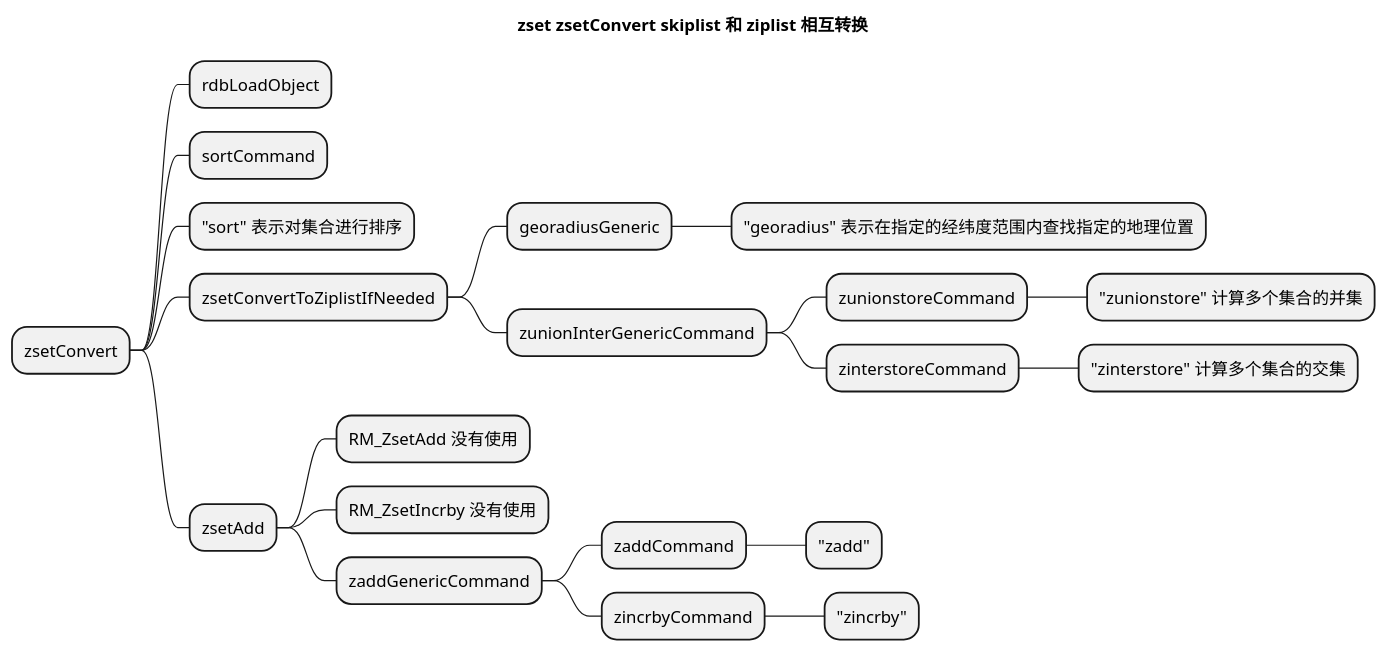
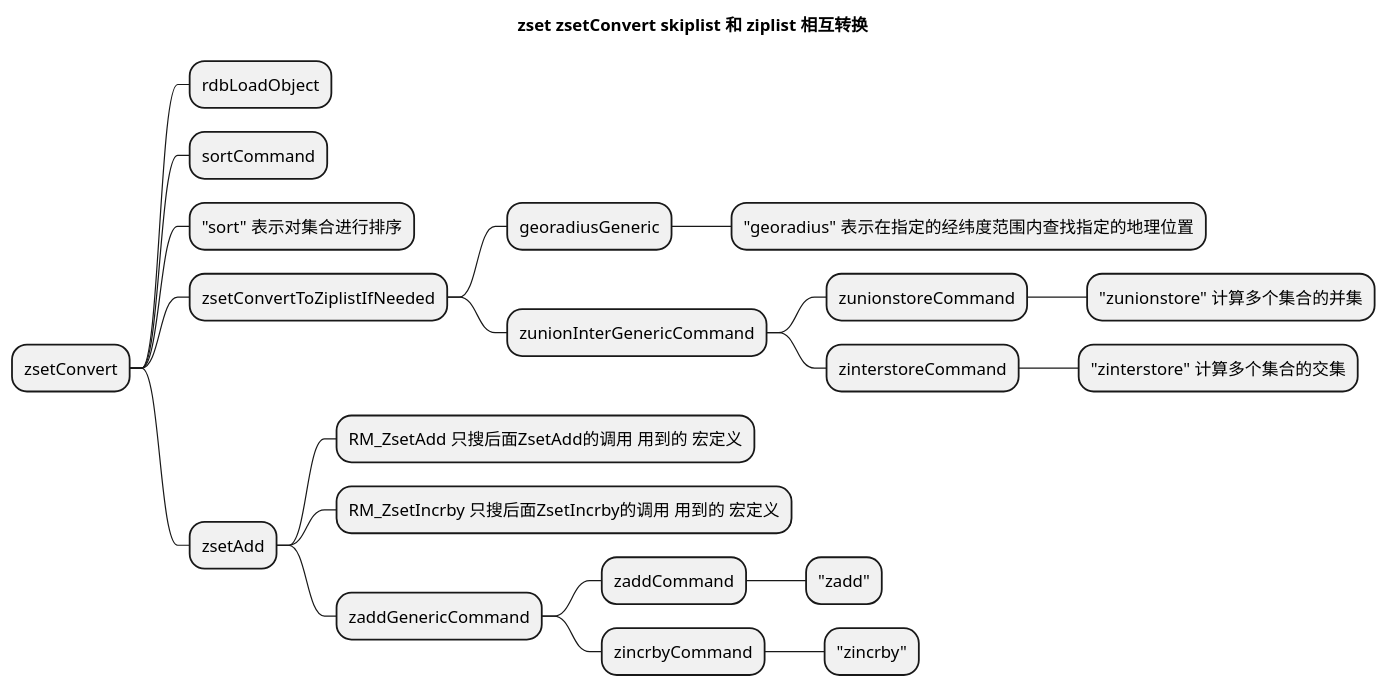
Before and after one commit to abc463774475/redis-note: the diagram in doc/zset.puml, drawn with PlantUML. The commit also changed 6 other files, not shown here.

```diff
--- a/doc/zset.puml
+++ b/doc/zset.puml
@@ -1,27 +1,27 @@
 @startmindmap
 title zset zsetConvert skiplist 和 ziplist 相互转换
 * zsetConvert
 ** rdbLoadObject
 ** sortCommand
 ** "sort" 表示对集合进行排序
 
 ** zsetConvertToZiplistIfNeeded
 *** georadiusGeneric
 **** "georadius" 表示在指定的经纬度范围内查找指定的地理位置
 *** zunionInterGenericCommand
 **** zunionstoreCommand
 ***** "zunionstore" 计算多个集合的并集
 **** zinterstoreCommand
 ***** "zinterstore" 计算多个集合的交集
 
 
 ** zsetAdd
-*** RM_ZsetAdd 没有使用
-*** RM_ZsetIncrby 没有使用
+*** RM_ZsetAdd 只搜后面ZsetAdd的调用 用到的 宏定义
+*** RM_ZsetIncrby 只搜后面ZsetIncrby的调用 用到的 宏定义
 *** zaddGenericCommand
 **** zaddCommand
 ***** "zadd"
 **** zincrbyCommand
 ***** "zincrby"
 
 @endmindmap
```
